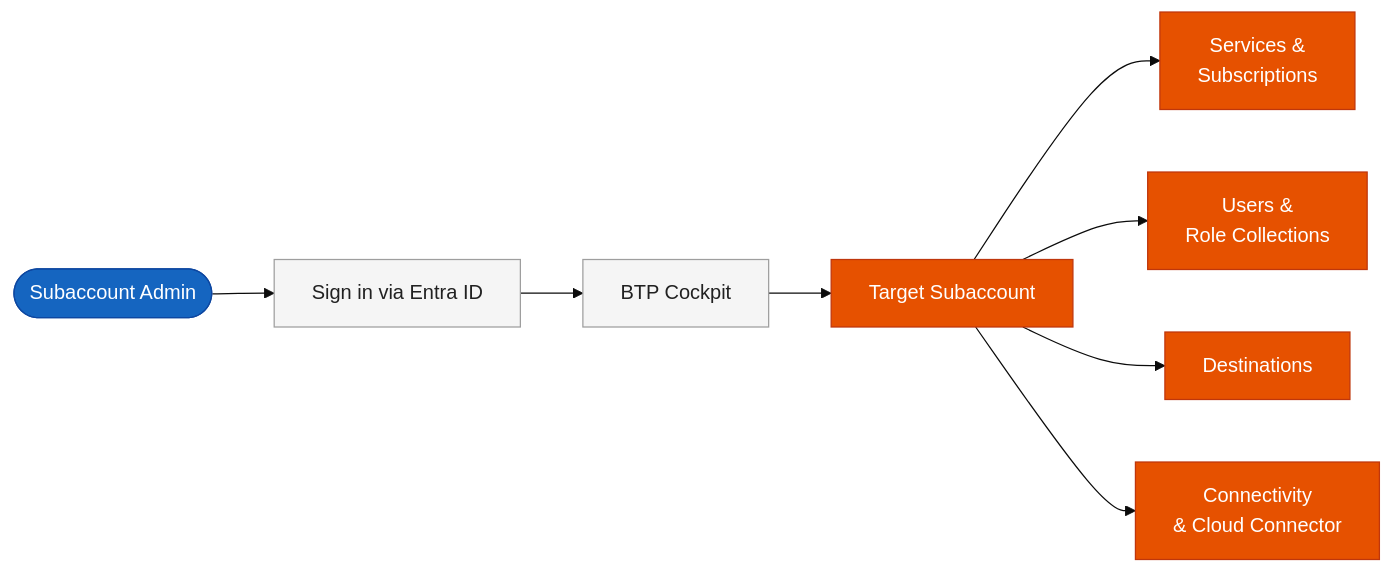
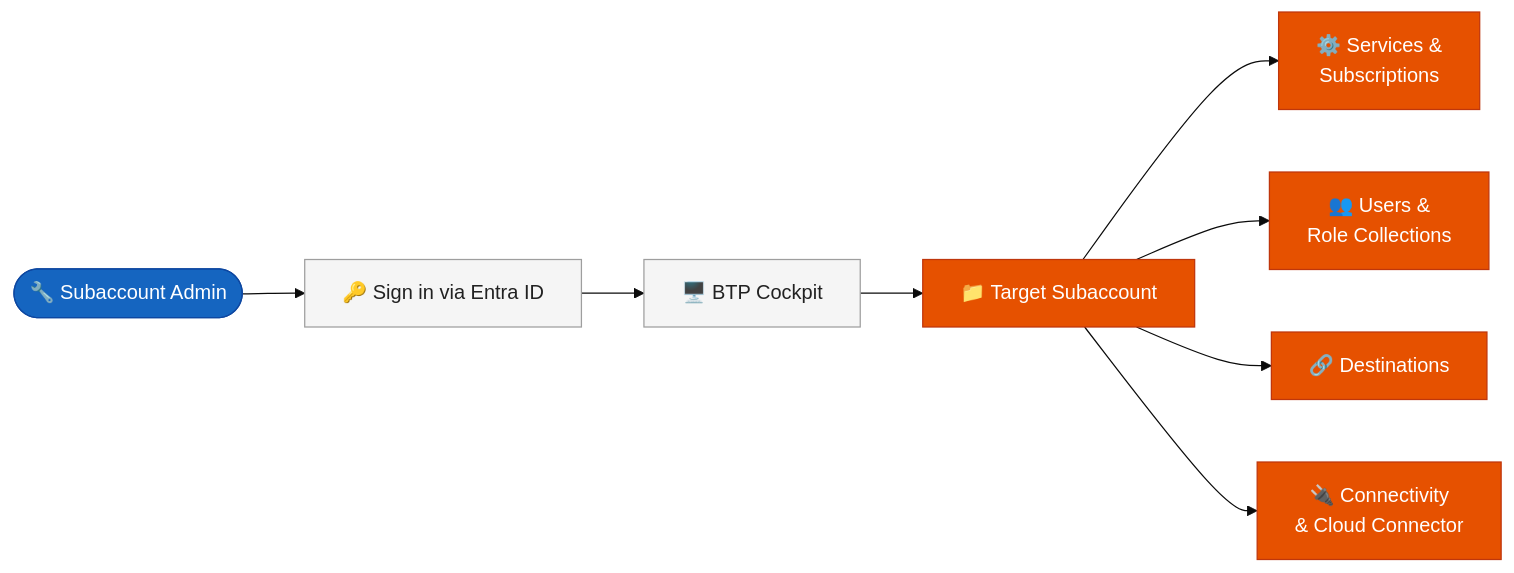
One commit to bhargavach/timeteam changed the second of 6 diagrams in BTP-Traffic-Flow-Diagrams.md. Above: the diagram before and after it, drawn with Mermaid (base theme). The commit also changed other lines of this file, not shown here.

````diff
--- a/BTP-Traffic-Flow-Diagrams.md
+++ b/BTP-Traffic-Flow-Diagrams.md
@@ -39,25 +40,25 @@
 ```mermaid
 flowchart LR
     classDef user   fill:#1565C0,color:#fff,stroke:#0D47A1
     classDef system fill:#F5F5F5,color:#212121,stroke:#9E9E9E
     classDef scope  fill:#E65100,color:#fff,stroke:#BF360C
 
-    SA_ADMIN(["Subaccount Admin"])
-    LOGIN["Sign in via Entra ID"]
-    COCKPIT["BTP Cockpit"]
-    SA["Target Subaccount"]
-    SVCS["Services &\nSubscriptions"]
-    USERS["Users &\nRole Collections"]
-    DEST["Destinations"]
-    CONN["Connectivity\n& Cloud Connector"]
+    SA_ADMIN(["🔧 Subaccount Admin"])
+    LOGIN["🔑 Sign in via Entra ID"]
+    COCKPIT["🖥️ BTP Cockpit"]
+    SA["📁 Target Subaccount"]
+    SVCS["⚙️ Services &\nSubscriptions"]
+    USERS["👥 Users &\nRole Collections"]
+    DEST["🔗 Destinations"]
+    CONN["🔌 Connectivity\n& Cloud Connector"]
 
     SA_ADMIN --> LOGIN --> COCKPIT --> SA
     SA --> SVCS
     SA --> USERS
     SA --> DEST
     SA --> CONN
 
     class SA_ADMIN user
     class LOGIN,COCKPIT system
     class SA,SVCS,USERS,DEST,CONN scope
 ```
````
